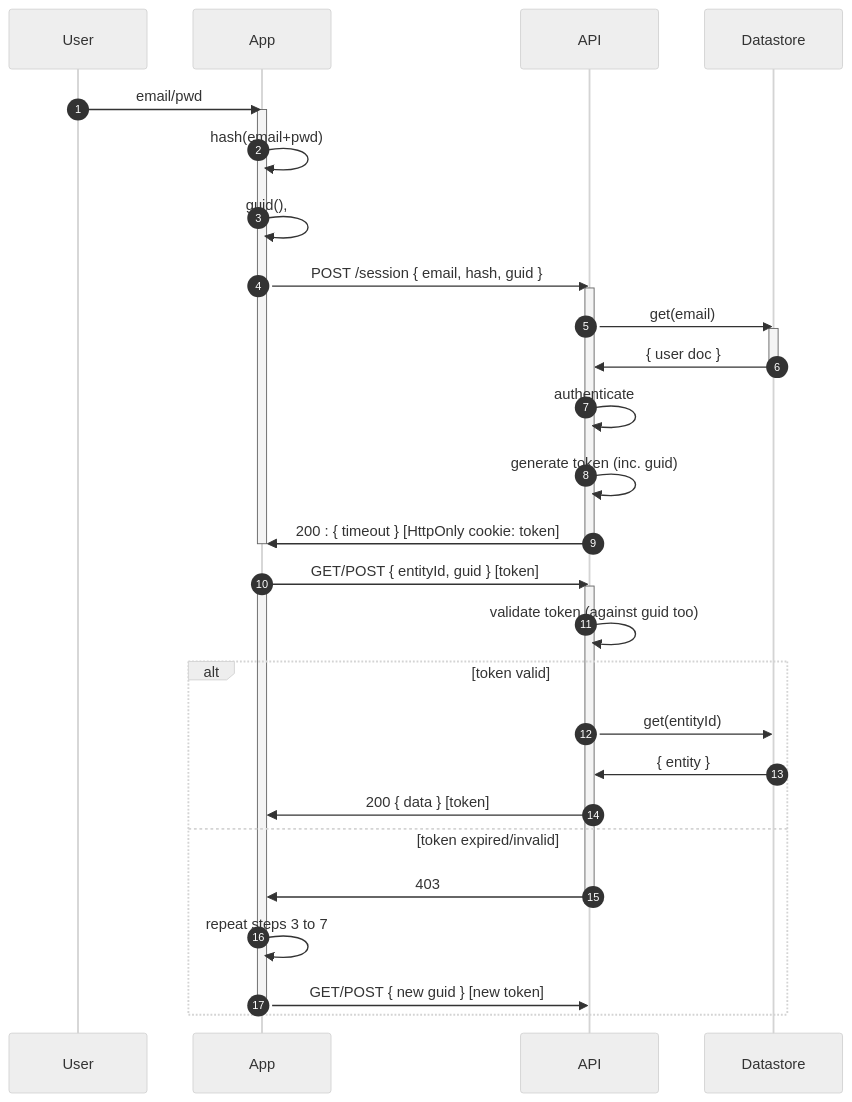
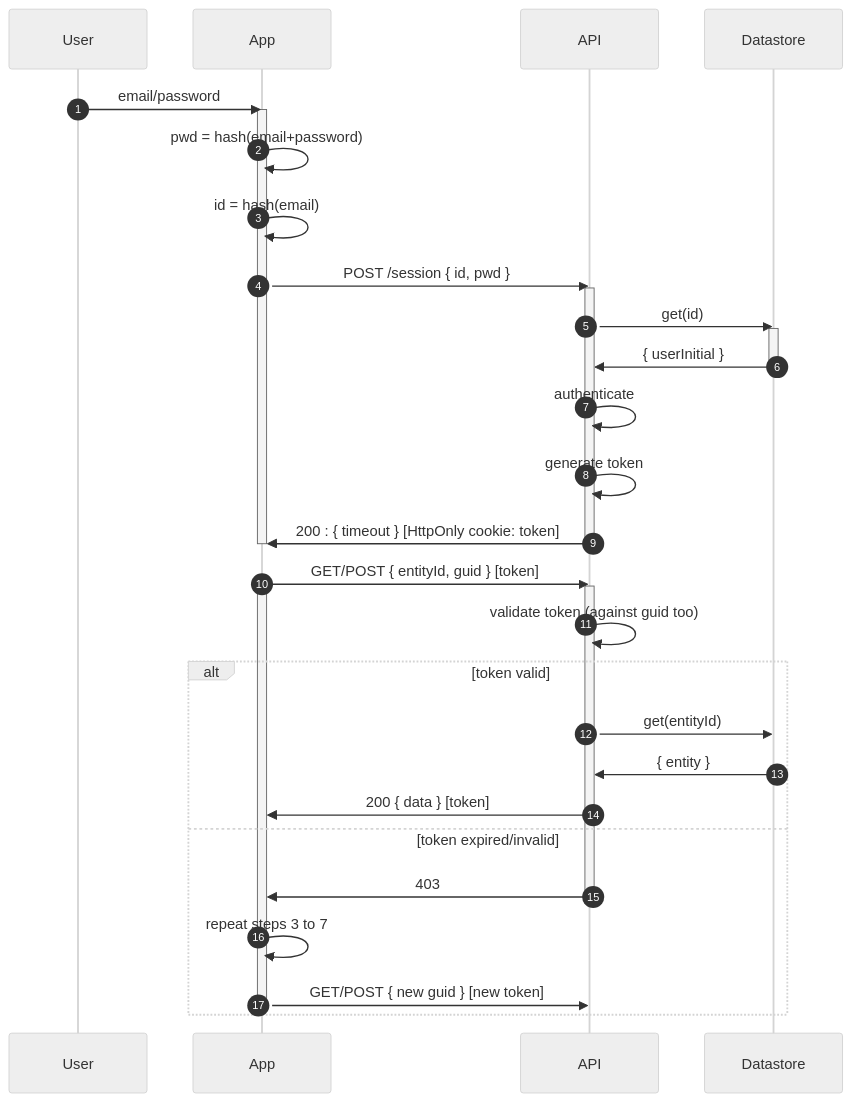
Before and after one commit to numical/my-finances: the second of 2 diagrams in docs/authentication-options.md, drawn with Mermaid (neutral theme). The commit also changed other lines of this file and 37 other files, not shown here.

````diff
--- a/docs/authentication-options.md
+++ b/docs/authentication-options.md
@@ -95,36 +95,36 @@
 ```mermaid
 sequenceDiagram
   autonumber
-  User->>App: email/pwd
+  User->>App: email/password
   activate App
-  App->>App: hash(email+pwd)
-  App->>App: guid(),
-  App->>API: POST /session { email, hash, guid }
+  App->>App: pwd = hash(email+password)
+  App->>App: id = hash(email)
+  App->>API: POST /session { id, pwd }
   activate API
-  API->>Datastore: get(email)
+  API->>Datastore: get(id)
   activate Datastore
-  Datastore->>API: { user doc }
+  Datastore->>API: { userInitial }
   deactivate Datastore
   API->>API: authenticate
-  API->>API: generate token (inc. guid)
+  API->>API: generate token 
   API->>App: 200 : { timeout } [HttpOnly cookie: token]
   deactivate API
   deactivate App
   App->>API: GET/POST { entityId, guid } [token]
   activate App
   activate API
   API->>API: validate token (against guid too)
   alt token valid
   API->>Datastore: get(entityId)
   activate Datastore
   Datastore->>API: { entity }
   activate Datastore
   API->>App: 200 { data } [token]
   else token expired/invalid
   API->>App: 403
   deactivate API
   App->>App: repeat steps 3 to 7
   App->>API: GET/POST { new guid } [new token]
   deactivate App
   end
 ```
````
